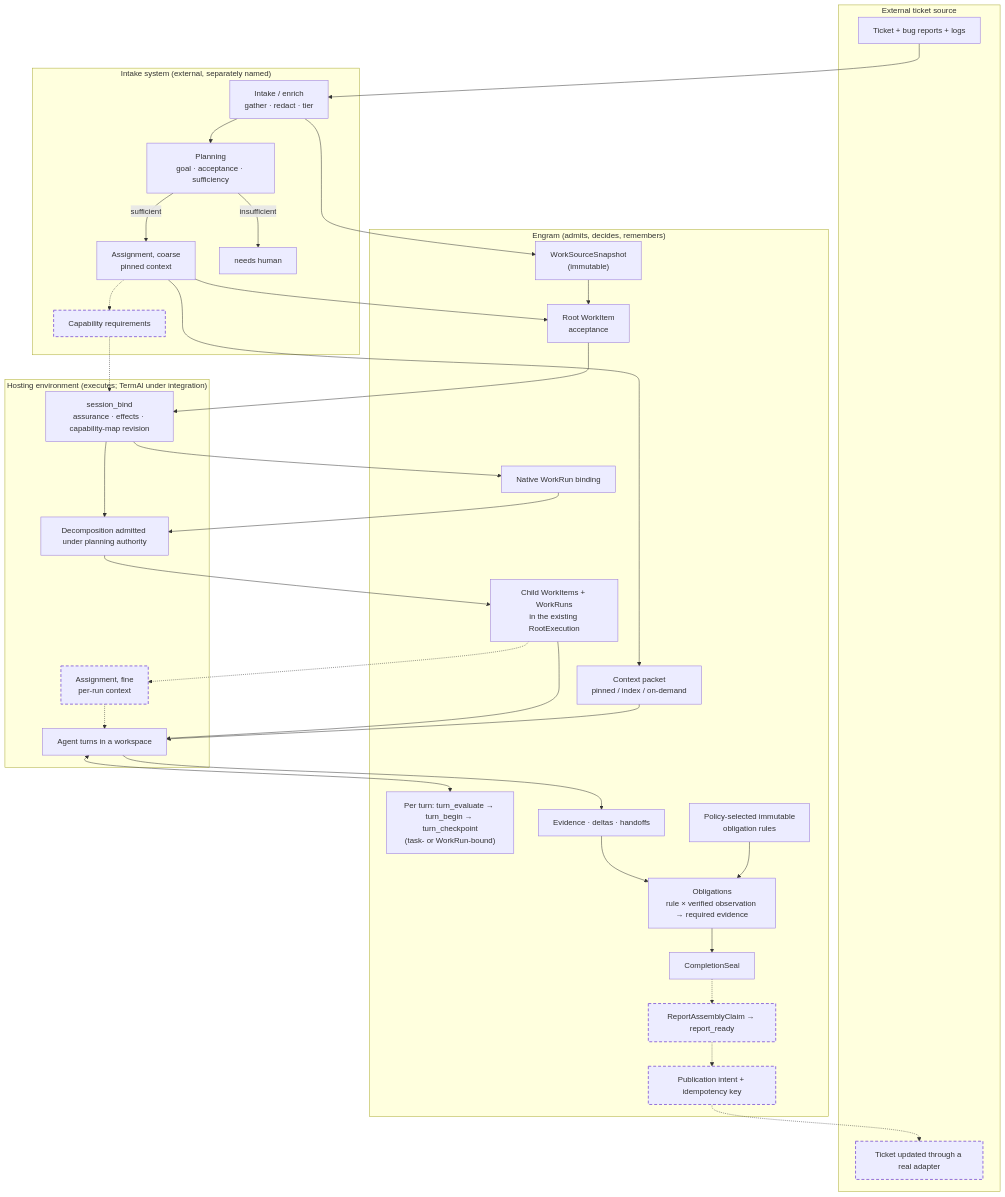
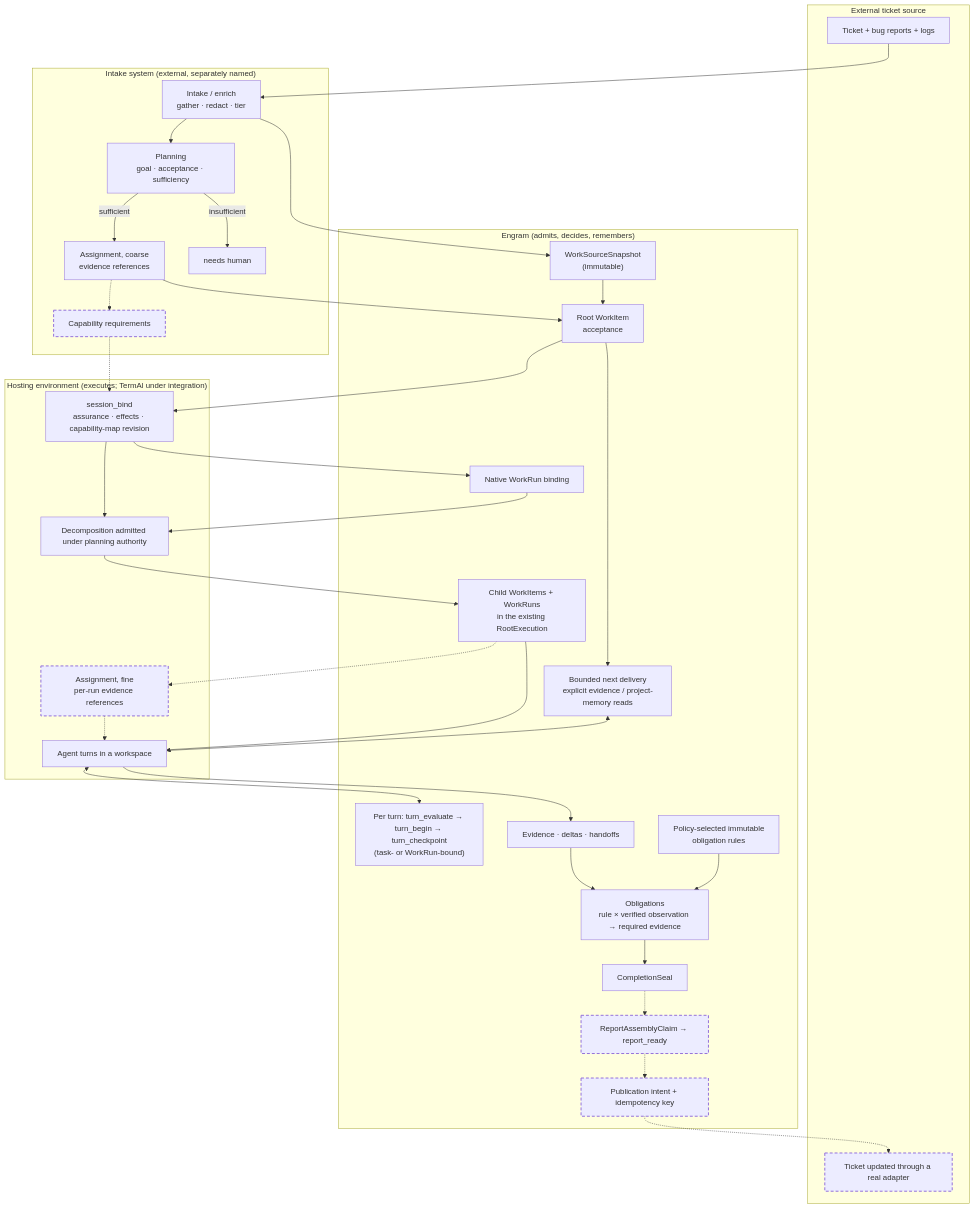
Before and after one commit to grlap/Engram: the diagram in docs/features/execution-pipeline.md, drawn with Mermaid. The commit also changed other lines of this file and 33 other files, not shown here.

Commit message:
Retire unused task-memory APIs and context-packet design

````diff
--- a/docs/features/execution-pipeline.md
+++ b/docs/features/execution-pipeline.md
@@ -90,62 +90,62 @@
 ```mermaid
 flowchart TD
     classDef planned stroke-dasharray: 6 4,stroke-width:2px;
 
     subgraph EXT["External ticket source"]
         T["Ticket + bug reports + logs"]
         R["Ticket updated through a real adapter"]
     end
 
     subgraph UP["Intake system (external, separately named)"]
         I["Intake / enrich<br/>gather · redact · tier"]
         P["Planning<br/>goal · acceptance · sufficiency"]
-        A1["Assignment, coarse<br/>pinned context"]
+        A1["Assignment, coarse<br/>evidence references"]
         CR["Capability requirements"]
         H["needs human"]
     end
 
     subgraph EN["Engram (admits, decides, remembers)"]
         S["WorkSourceSnapshot<br/>(immutable)"]
         W["Root WorkItem<br/>acceptance"]
-        C["Context packet<br/>pinned / index / on-demand"]
+        C["Bounded next delivery<br/>explicit evidence / project-memory reads"]
         RE["Child WorkItems + WorkRuns<br/>in the existing RootExecution"]
         CT["Per turn: turn_evaluate → turn_begin → turn_checkpoint<br/>(task- or WorkRun-bound)"]
         WB["Native WorkRun binding"]
         EV["Evidence · deltas · handoffs"]
         PO["Policy-selected immutable<br/>obligation rules"]
         OB["Obligations<br/>rule × verified observation → required evidence"]
         SE["CompletionSeal"]
         RA["ReportAssemblyClaim → report_ready"]
         PI["Publication intent + idempotency key"]
     end
 
     subgraph HO["Hosting environment (executes; TermAl under integration)"]
         B["session_bind<br/>assurance · effects · capability-map revision"]
         D["Decomposition admitted under planning authority"]
-        A2["Assignment, fine<br/>per-run context"]
+        A2["Assignment, fine<br/>per-run evidence references"]
         X["Agent turns in a workspace"]
     end
 
     T --> I --> P
     P -- "insufficient" --> H
     P -- "sufficient" --> A1
     A1 -.-> CR
     I --> S
     A1 --> W
-    A1 --> C
+    W --> C
     S --> W
     W --> B
     CR -.-> B
     B --> WB --> D
     B --> D --> RE
     RE -.-> A2 -.-> X
     RE --> X
-    C --> X
+    C <--> X
     X <--> CT
     X --> EV
     EV --> OB --> SE
     PO --> OB
     SE -.-> RA -.-> PI -.-> R
 
     class CR,A2,RA,PI,R planned
 ```
````
